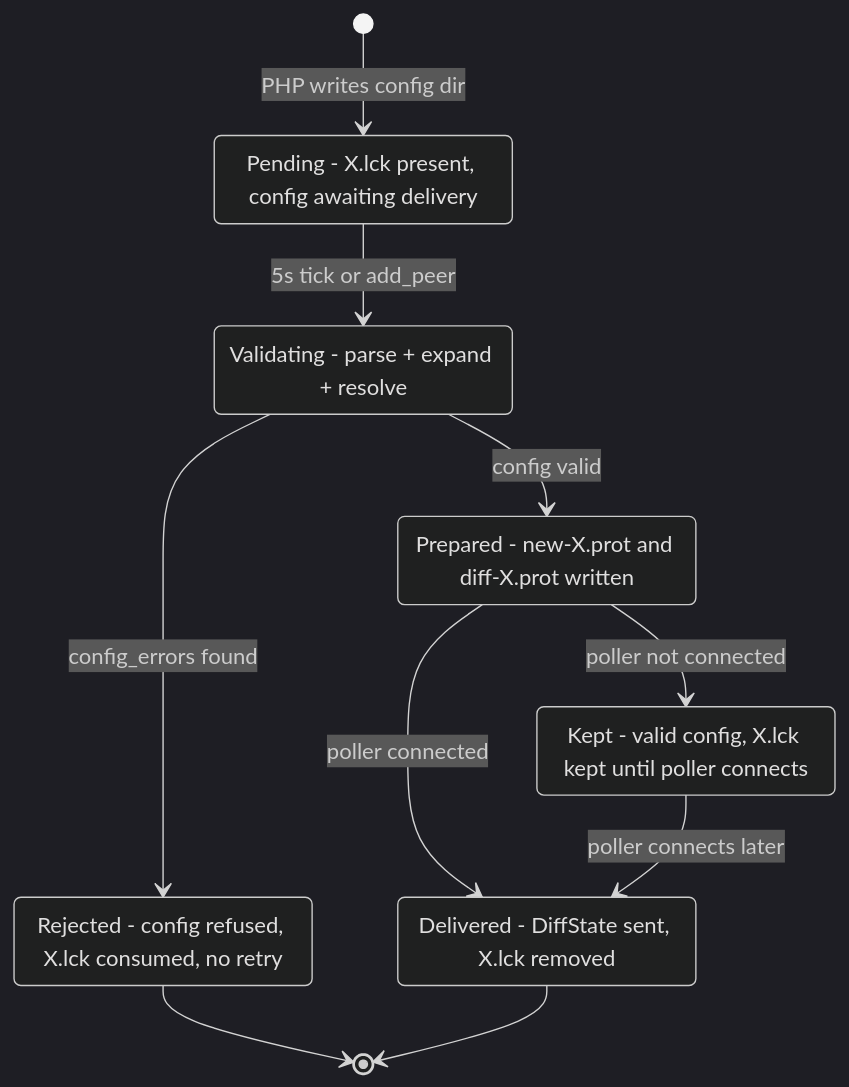
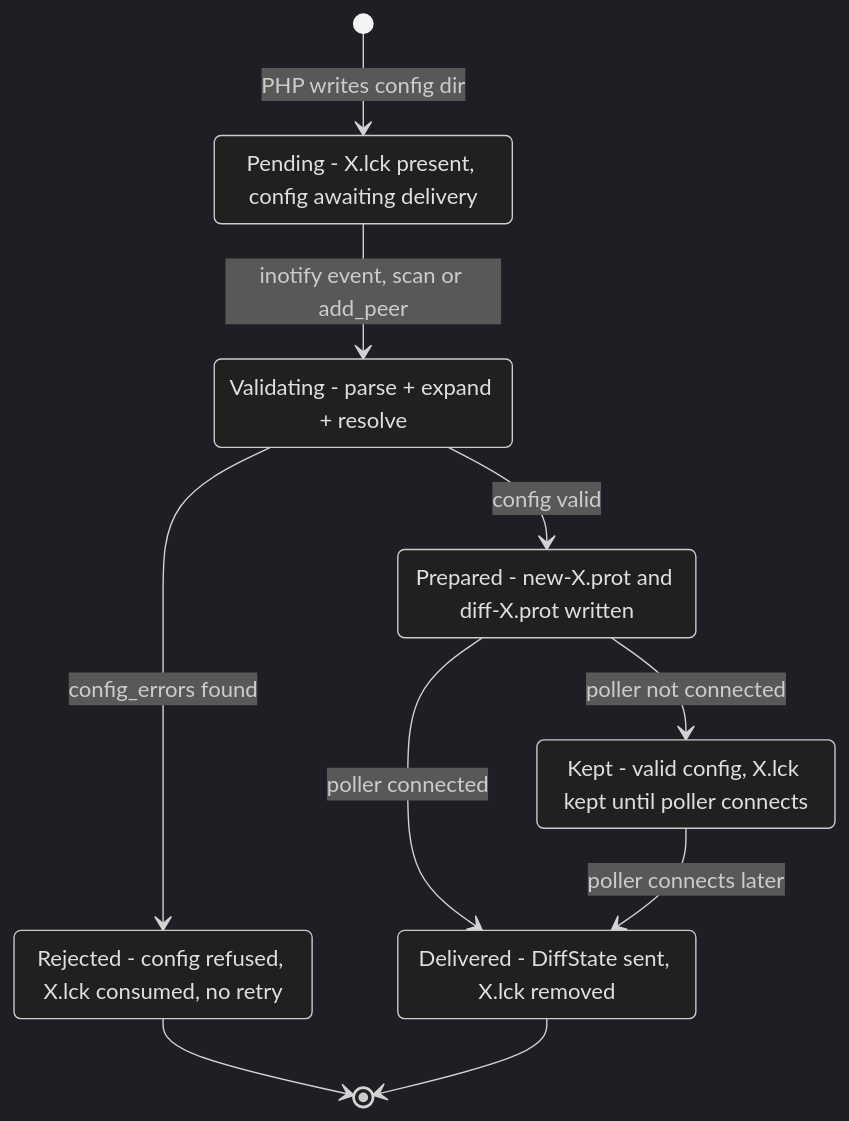
Before and after one commit to centreon/centreon-collect: the eighth of 43 diagrams in doc/nego-engine-broker-en.md, drawn with Mermaid (dark theme). The commit also changed other lines of this file and 9 other files, not shown here.

````diff
--- a/doc/nego-engine-broker-en.md
+++ b/doc/nego-engine-broker-en.md
@@ -675,18 +885,18 @@
 ```mermaid
 stateDiagram-v2
     Pending: Pending - X.lck present, config awaiting delivery
     Validating: Validating - parse + expand + resolve
     Rejected: Rejected - config refused, X.lck consumed, no retry
     Prepared: Prepared - new-X.prot and diff-X.prot written
     Kept: Kept - valid config, X.lck kept until poller connects
     Delivered: Delivered - DiffState sent, X.lck removed
     [*] --> Pending: PHP writes config dir
-    Pending --> Validating: 5s tick or add_peer
+    Pending --> Validating: inotify event, scan or add_peer
     Validating --> Rejected: config_errors found
     Validating --> Prepared: config valid
     Rejected --> [*]
     Prepared --> Delivered: poller connected
     Prepared --> Kept: poller not connected
     Kept --> Delivered: poller connects later
     Delivered --> [*]
 ```
````
